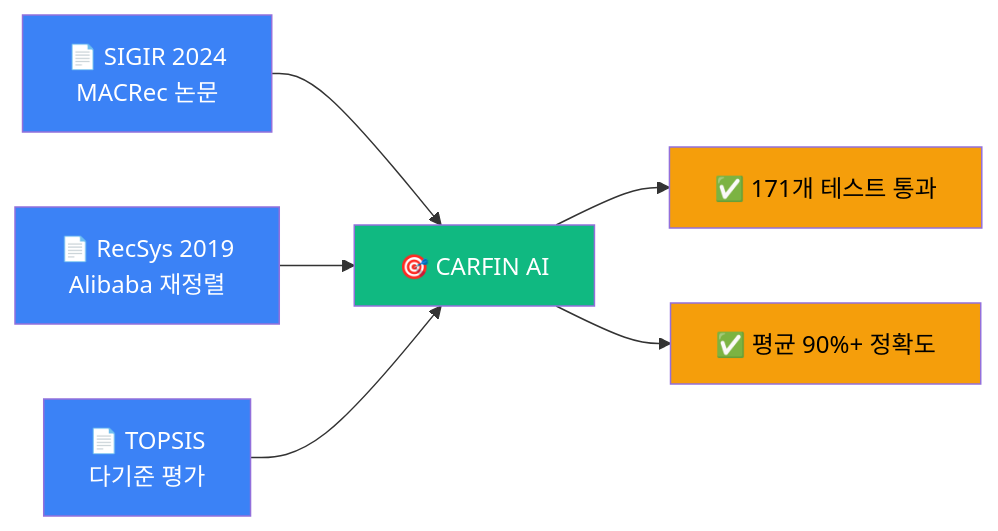
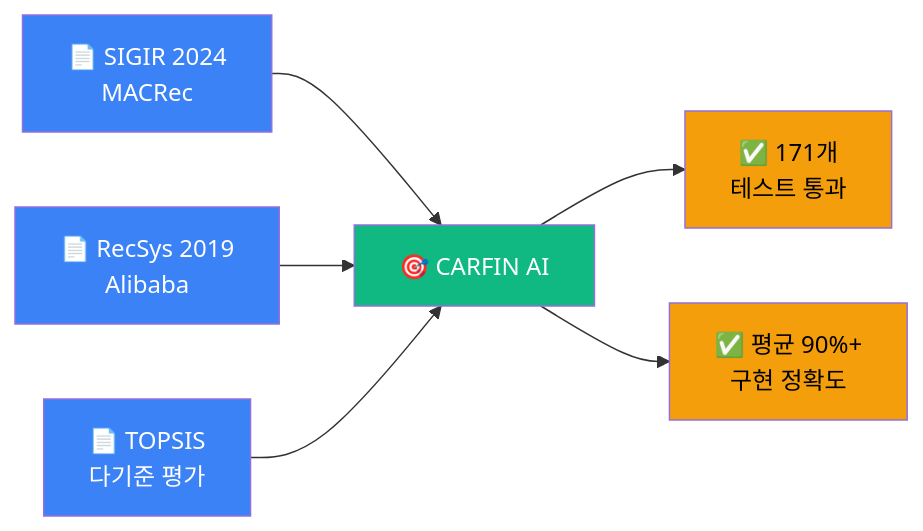
One commit to SeSAC-DA1/CarFin_AI_Final changed the third of 7 diagrams in README.md. Above: the diagram before and after it, drawn with Mermaid. The commit also changed other lines of this file, not shown here.

````diff
--- a/README.md
+++ b/README.md
@@ -199,16 +193,16 @@
 ```mermaid
-graph LR
-    A["📄 SIGIR 2024<br/>MACRec 논문"] --> D["🎯 CARFIN AI"]
-    B["📄 RecSys 2019<br/>Alibaba 재정렬"] --> D
+flowchart LR
+    A["📄 SIGIR 2024<br/>MACRec"] --> D["🎯 CARFIN AI"]
+    B["📄 RecSys 2019<br/>Alibaba"] --> D
     C["📄 TOPSIS<br/>다기준 평가"] --> D
 
-    D --> E["✅ 171개 테스트 통과"]
-    D --> F["✅ 평균 90%+ 정확도"]
+    D --> E["✅ 171개<br/>테스트 통과"]
+    D --> F["✅ 평균 90%+<br/>구현 정확도"]
 
     style A fill:#3B82F6,color:#fff
     style B fill:#3B82F6,color:#fff
     style C fill:#3B82F6,color:#fff
     style D fill:#10B981,color:#fff
     style E fill:#F59E0B,color:#000
     style F fill:#F59E0B,color:#000
 ```
````
